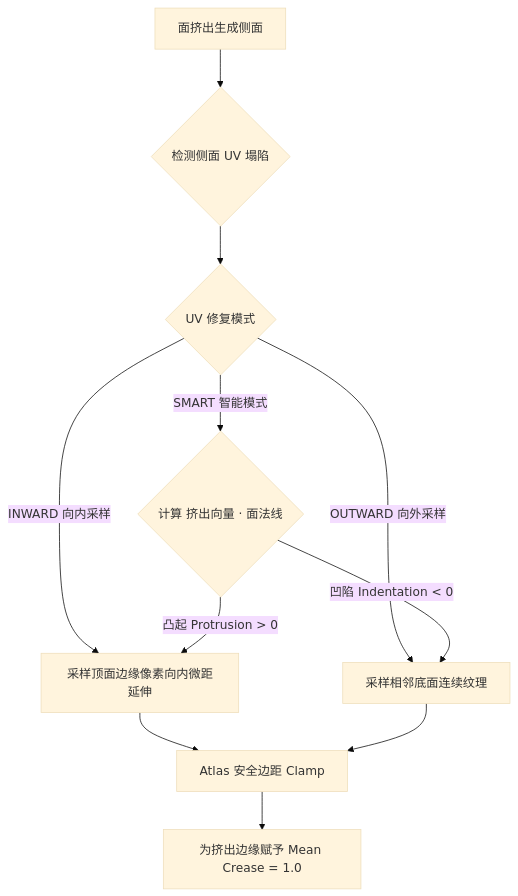
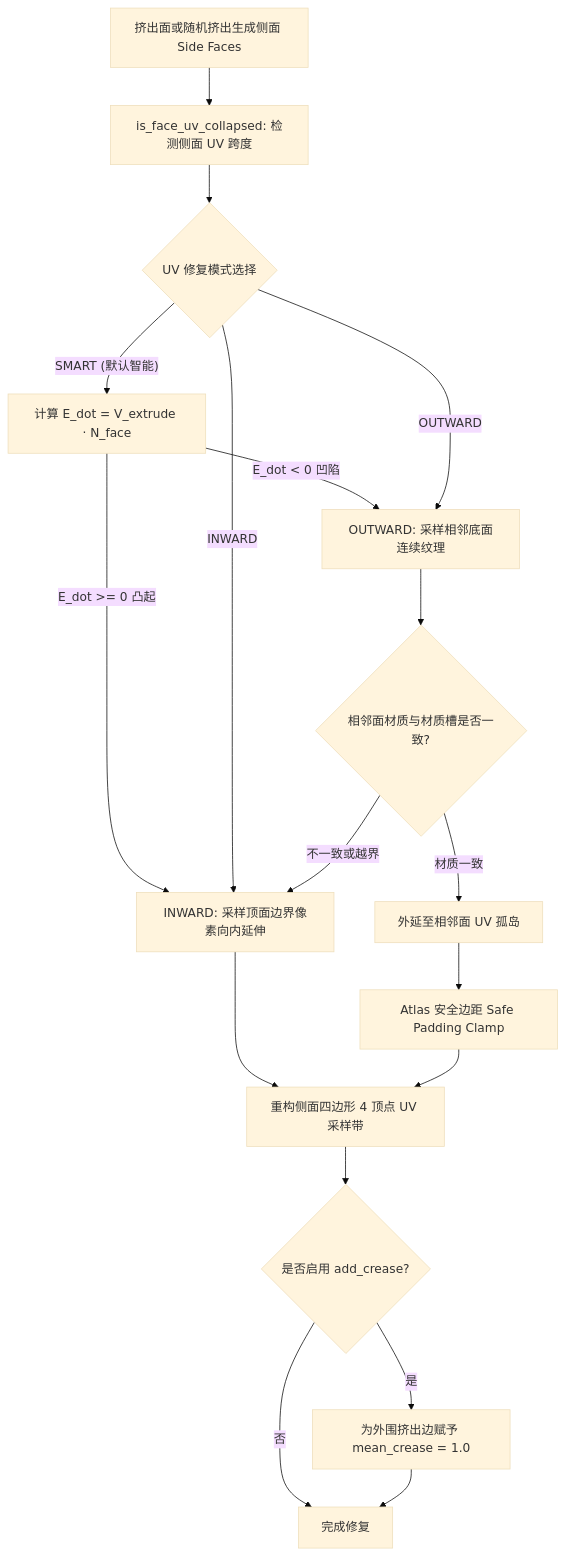
Before and after one commit to mozi1924/MoziToolKit: the diagram in docs/mesh/extrude_repair.md, drawn with Mermaid (base theme). The commit also changed other lines of this file and 7 other files, not shown here.

Commit message:
docs: update and standardize documentation across mesh, pipeline, architecture, and materials sections

````diff
--- a/docs/mesh/extrude_repair.md
+++ b/docs/mesh/extrude_repair.md
@@ -11,13 +8,25 @@
 ```mermaid
 graph TD
-    ExtrudeAction[面挤出生成侧面] --> DetectCollapsed{检测侧面 UV 塌陷}
-    DetectCollapsed --> ModeSelection{UV 修复模式}
-    ModeSelection -- INWARD 向内采样 --> SampleTopEdge[采样顶面边缘像素向内微距延伸]
-    ModeSelection -- OUTWARD 向外采样 --> SampleAdjFace[采样相邻底面连续纹理]
-    ModeSelection -- SMART 智能模式 --> CalcNormalDot{计算 挤出向量 · 面法线}
-    CalcNormalDot -- 凸起 Protrusion > 0 --> SampleTopEdge
-    CalcNormalDot -- 凹陷 Indentation < 0 --> SampleAdjFace
-    SampleTopEdge --> ClampAtlas[Atlas 安全边距 Clamp]
-    SampleAdjFace --> ClampAtlas
-    ClampAtlas --> ApplyCrease[为挤出边缘赋予 Mean Crease = 1.0]
+    ExtrudeOp[挤出面或随机挤出生成侧面 Side Faces] --> CollapseDetect[is_face_uv_collapsed: 检测侧面 UV 跨度]
+    CollapseDetect --> ModeSelect{UV 修复模式选择}
+    
+    ModeSelect -- SMART (默认智能) --> DotCheck[计算 E_dot = V_extrude · N_face]
+    DotCheck -- E_dot >= 0 凸起 --> Inward[INWARD: 采样顶面边界像素向内延伸]
+    DotCheck -- E_dot < 0 凹陷 --> Outward[OUTWARD: 采样相邻底面连续纹理]
+    
+    ModeSelect -- INWARD --> Inward
+    ModeSelect -- OUTWARD --> Outward
+    
+    Inward --> UVReconstruct[重构侧面四边形 4 顶点 UV 采样带]
+    Outward --> AdjMatCheck{相邻面材质与材质槽是否一致?}
+    AdjMatCheck -- 材质一致 --> UVAdjReconstruct[外延至相邻面 UV 孤岛]
+    AdjMatCheck -- 不一致或越界 --> Inward
+    
+    UVAdjReconstruct --> AtlasClamp[Atlas 安全边距 Safe Padding Clamp]
+    AtlasClamp --> UVReconstruct
+    
+    UVReconstruct --> CreaseApply{是否启用 add_crease?}
+    CreaseApply -- 是 --> SetCrease[为外围挤出边赋予 mean_crease = 1.0]
+    CreaseApply -- 否 --> Done[完成修复]
+    SetCrease --> Done
 ```
````
